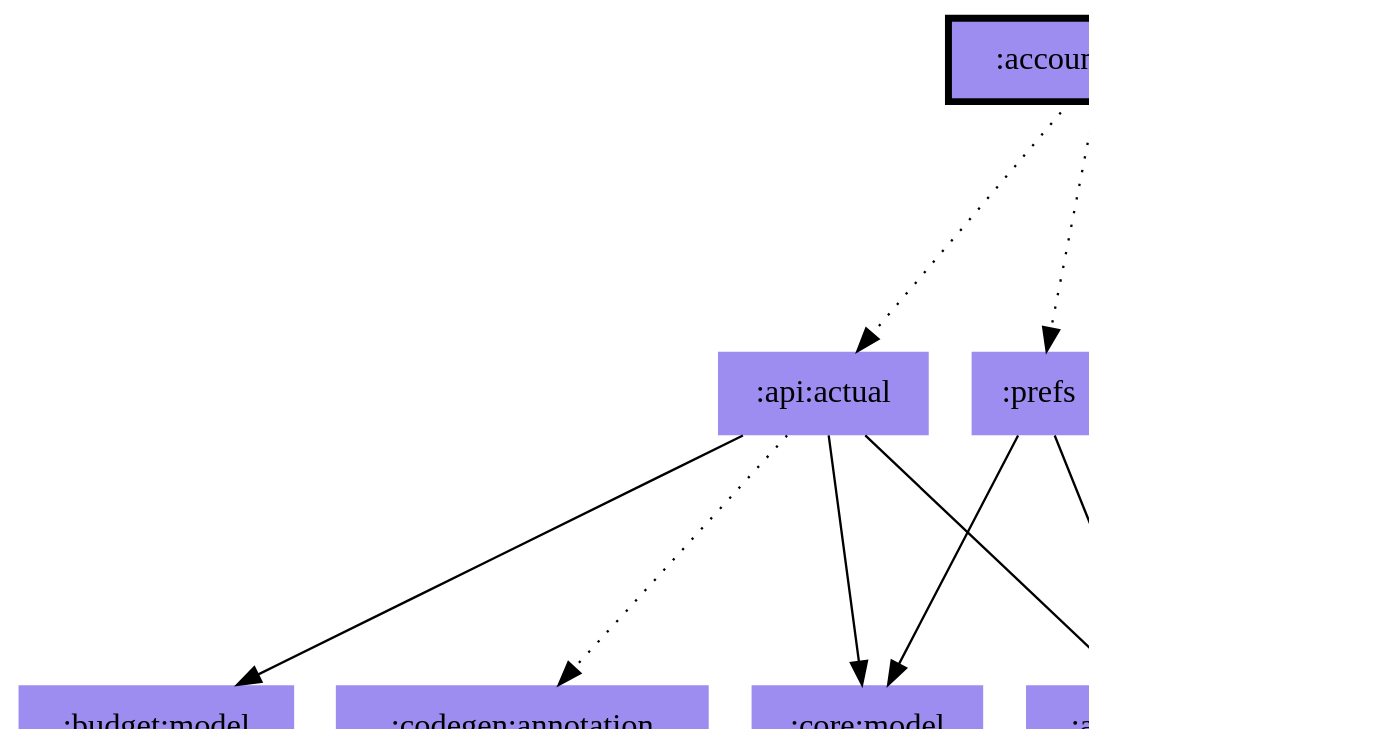
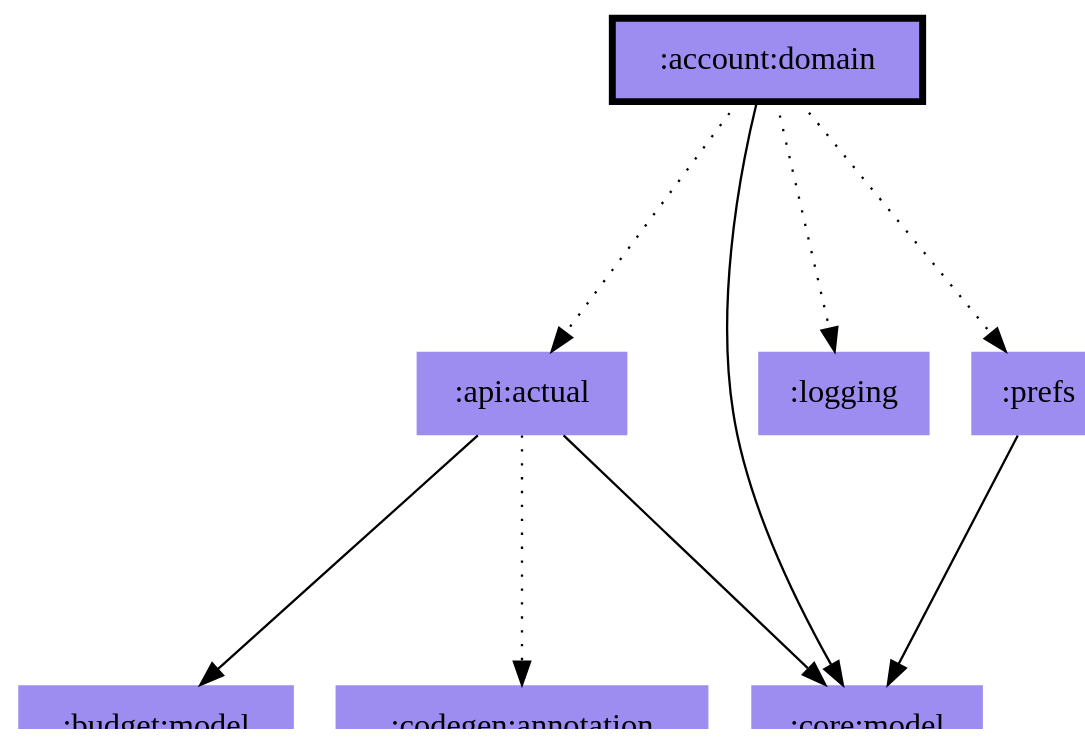
The diagram in modules/account/domain/modules.dot (jonapoul/aktual), drawn with Graphviz before and after one commit. The commit also changed 41 other files, not shown here.

Commit message:
Diagrams

```diff
--- a/modules/account/domain/modules.dot
+++ b/modules/account/domain/modules.dot
@@ -1,23 +1,20 @@
 digraph {
 edge ["dir"="forward"]
 graph ["dpi"="100","fontsize"="30","ranksep"="1.5","rankdir"="TB"]
 node ["style"="filled"]
 ":account:domain" ["fillcolor"="#9D8DF1","color"="black","penwidth"="3","shape"="box"]
-":account:model" ["fillcolor"="#9D8DF1","shape"="none"]
 ":api:actual" ["fillcolor"="#9D8DF1","shape"="none"]
 ":budget:model" ["fillcolor"="#9D8DF1","shape"="none"]
 ":codegen:annotation" ["fillcolor"="#9D8DF1","shape"="none"]
 ":core:model" ["fillcolor"="#9D8DF1","shape"="none"]
 ":logging" ["fillcolor"="#9D8DF1","shape"="none"]
 ":prefs" ["fillcolor"="#9D8DF1","shape"="none"]
-":account:domain" -> ":account:model"
 ":account:domain" -> ":api:actual" ["style"="dotted"]
+":account:domain" -> ":core:model"
 ":account:domain" -> ":logging" ["style"="dotted"]
 ":account:domain" -> ":prefs" ["style"="dotted"]
-":api:actual" -> ":account:model"
 ":api:actual" -> ":budget:model"
 ":api:actual" -> ":codegen:annotation" ["style"="dotted"]
 ":api:actual" -> ":core:model"
-":prefs" -> ":account:model"
 ":prefs" -> ":core:model"
 }
```
